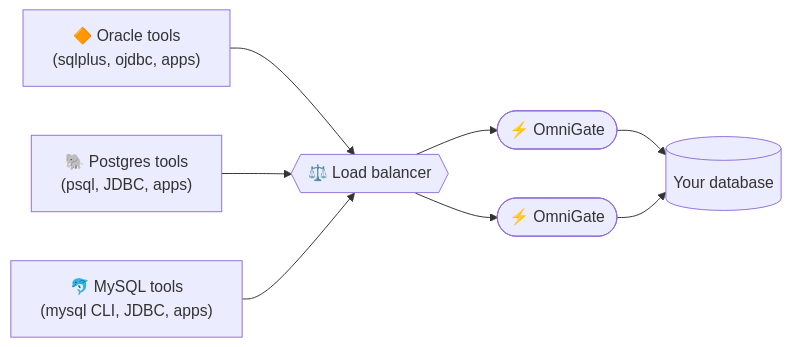
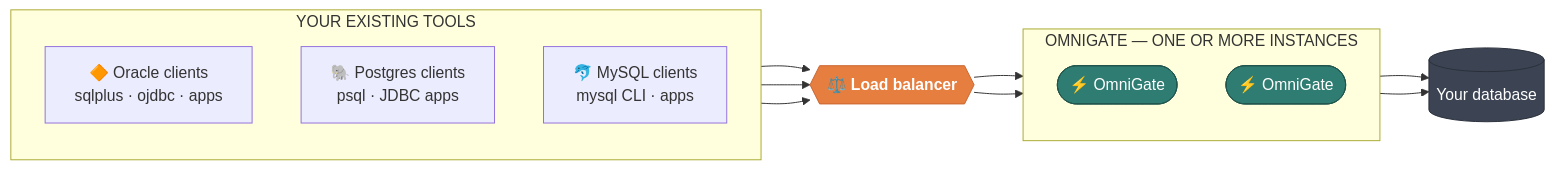
The diagram in README.md (kumarrajamani-ai/omnigate-free), drawn with Mermaid before and after one commit. The commit also changed other lines of this file, not shown here.

Commit message:
README diagram: grouped panels + colored load balancer/gateway/db, matching the polished box-diagram look from the shared reference PDF -- content stays end-user-facing only (no pipeline stages/pools/cluster-grid internals).

````diff
--- a/README.md
+++ b/README.md
@@ -7,10 +7,34 @@
 ```mermaid
 flowchart LR
-    A["🔶 Oracle tools<br/>(sqlplus, ojdbc, apps)"] --> LB
-    B["🐘 Postgres tools<br/>(psql, JDBC, apps)"] --> LB
-    C["🐬 MySQL tools<br/>(mysql CLI, JDBC, apps)"] --> LB
-    LB{{"⚖️ Load balancer"}} --> G1(["⚡ OmniGate"])
-    LB --> G2(["⚡ OmniGate"])
-    G1 --> D[("Your database")]
+    subgraph CLIENTS["YOUR EXISTING TOOLS"]
+        direction TB
+        A["🔶 Oracle clients<br/>sqlplus · ojdbc · apps"]
+        B["🐘 Postgres clients<br/>psql · JDBC apps"]
+        C["🐬 MySQL clients<br/>mysql CLI · apps"]
+    end
+
+    LB{{"⚖️ Load balancer"}}
+
+    subgraph CLUSTER["OMNIGATE — ONE OR MORE INSTANCES"]
+        direction TB
+        G1(["⚡ OmniGate"])
+        G2(["⚡ OmniGate"])
+    end
+
+    D[("Your database")]
+
+    A --> LB
+    B --> LB
+    C --> LB
+    LB --> G1
+    LB --> G2
+    G1 --> D
     G2 --> D
+
+    classDef lb fill:#e67e3f,stroke:#c96530,color:#fff,font-weight:bold;
+    classDef gate fill:#2f7d72,stroke:#20544c,color:#fff;
+    classDef db fill:#3c4453,stroke:#2a303b,color:#fff;
+    class LB lb;
+    class G1,G2 gate;
+    class D db;
 ```
````
